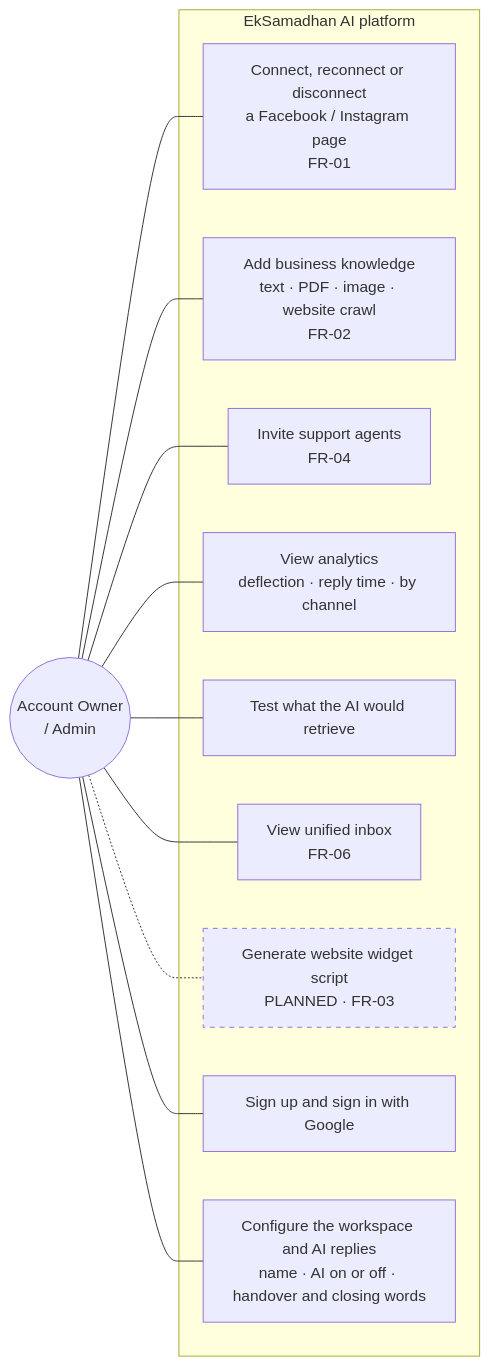
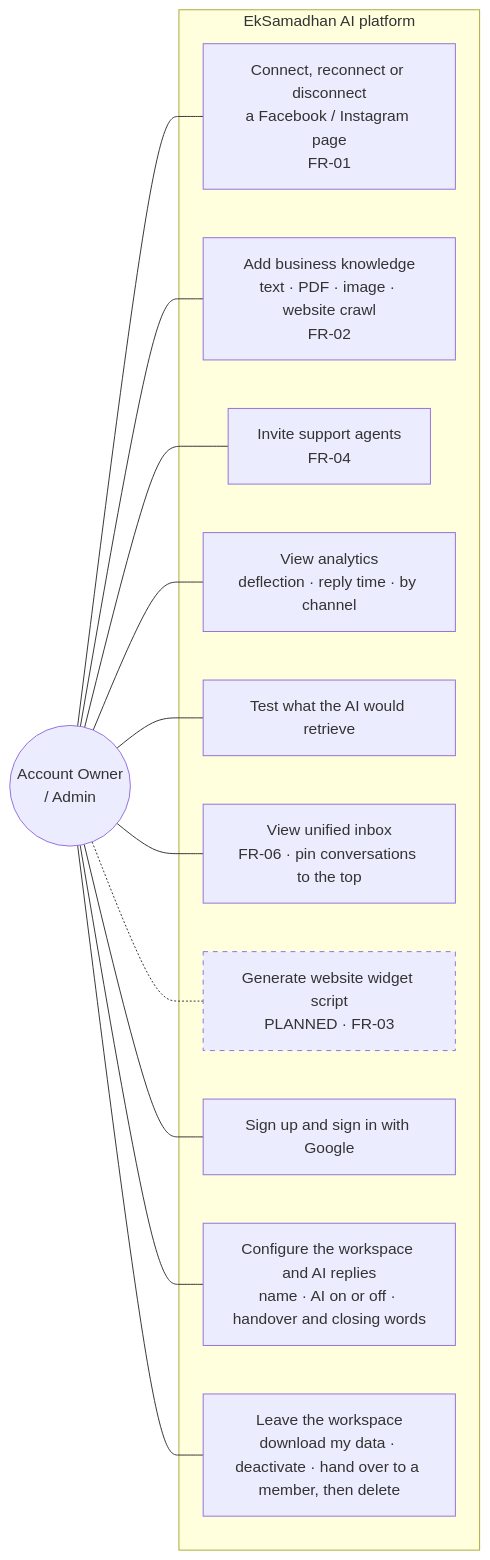
The first of 5 diagrams in docs/system-design/new-system-design/use-case/README.md (SayubShakya/eksamadhan-ai), drawn with Mermaid before and after one commit. The commit also changed other lines of this file and 61 other files, not shown here.

````diff
--- a/docs/system-design/new-system-design/use-case/README.md
+++ b/docs/system-design/new-system-design/use-case/README.md
@@ -21,25 +21,27 @@
 ```mermaid
 flowchart LR
     owner(("Account Owner<br/>/ Admin"))
     subgraph s1["EkSamadhan AI platform"]
         a1["Connect, reconnect or disconnect<br/>a Facebook / Instagram page<br/>FR-01"]
         a2["Add business knowledge<br/>text · PDF · image · website crawl<br/>FR-02"]
         a3["Invite support agents<br/>FR-04"]
         a4["View analytics<br/>deflection · reply time · by channel"]
         a5["Test what the AI would retrieve"]
-        a6["View unified inbox<br/>FR-06"]
+        a6["View unified inbox<br/>FR-06 · pin conversations to the top"]
         a7["Generate website widget script<br/>PLANNED · FR-03"]
         a8["Sign up and sign in with Google"]
         a9["Configure the workspace and AI replies<br/>name · AI on or off · handover and closing words"]
+        a10["Leave the workspace<br/>download my data · deactivate · hand over to a member, then delete"]
     end
     owner --- a1
     owner --- a2
     owner --- a3
     owner --- a4
     owner --- a5
     owner --- a6
     owner --- a8
     owner --- a9
+    owner --- a10
     owner -.- a7
     style a7 stroke-dasharray: 5 5
 ```
````
